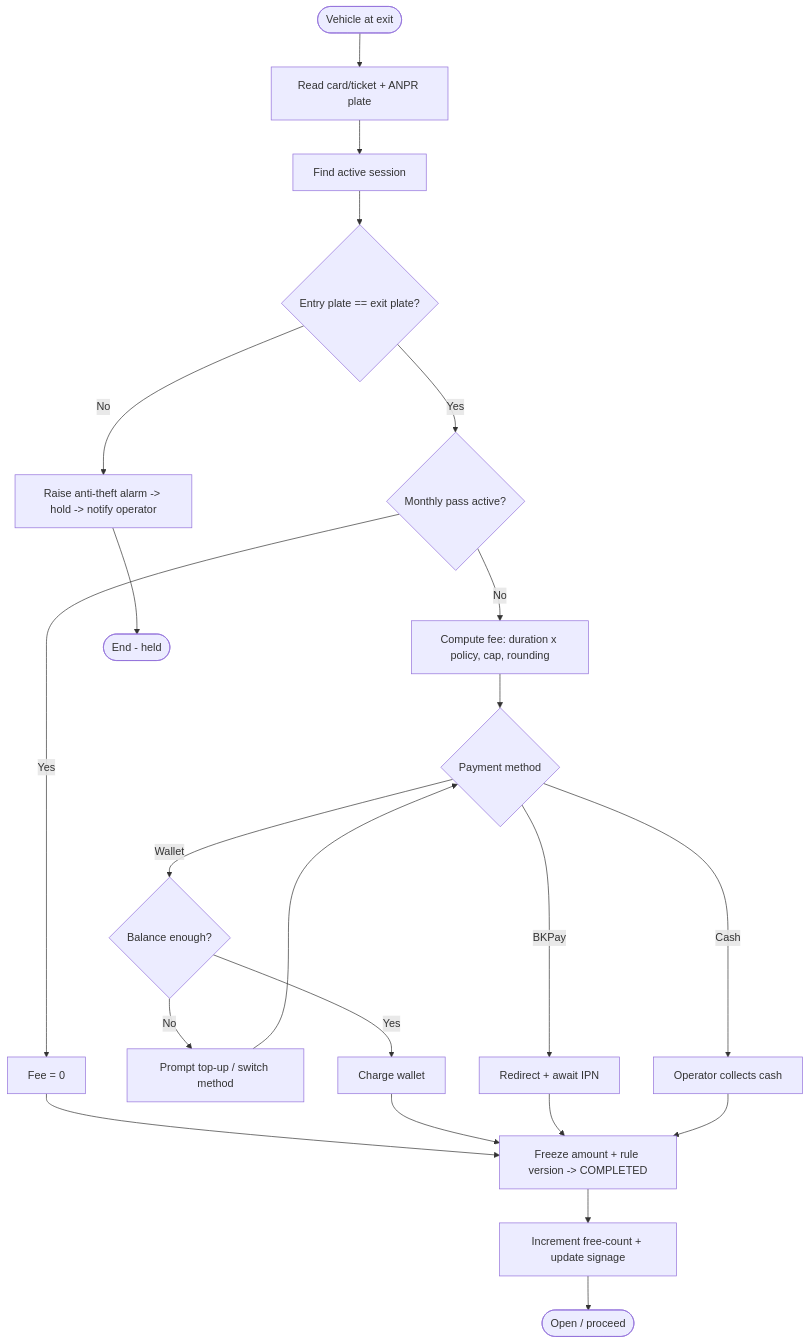
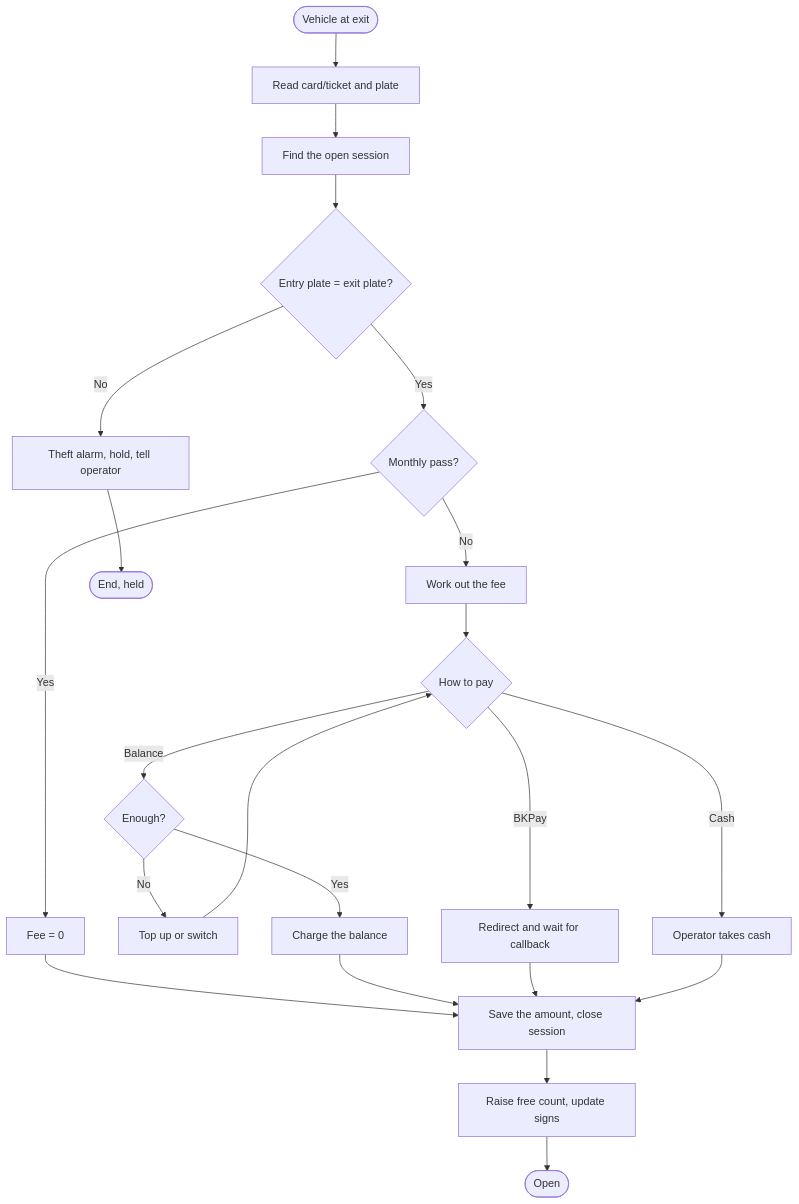
The sixth of 10 diagrams in docs/02-uml-and-ui.md (XeminoL/SmartParking_-IoT-SPMS-), drawn with Mermaid before and after one commit. The commit also changed other lines of this file and 14 other files, not shown here.

````diff
--- a/docs/02-uml-and-ui.md
+++ b/docs/02-uml-and-ui.md
@@ -274,24 +241,24 @@
 ```mermaid
 flowchart TD
-    A([Vehicle at exit]) --> B[Read card/ticket + ANPR plate]
-    B --> C[Find active session]
-    C --> D{Entry plate == exit plate?}
-    D -- No --> AL[Raise anti-theft alarm -> hold -> notify operator]
-    D -- Yes --> E{Monthly pass active?}
+    A([Vehicle at exit]) --> B[Read card/ticket and plate]
+    B --> C[Find the open session]
+    C --> D{Entry plate = exit plate?}
+    D -- No --> AL[Theft alarm, hold, tell operator]
+    D -- Yes --> E{Monthly pass?}
     E -- Yes --> P0[Fee = 0]
-    E -- No --> F[Compute fee: duration x policy, cap, rounding]
-    F --> G{Payment method}
-    G -- Wallet --> H{Balance enough?}
-    H -- No --> T[Prompt top-up / switch method]
-    H -- Yes --> PAY[Charge wallet]
-    G -- BKPay --> BK[Redirect + await IPN]
-    G -- Cash --> CA[Operator collects cash]
+    E -- No --> F[Work out the fee]
+    F --> G{How to pay}
+    G -- Balance --> H{Enough?}
+    H -- No --> T[Top up or switch]
+    H -- Yes --> PAY[Charge the balance]
+    G -- BKPay --> BK[Redirect and wait for callback]
+    G -- Cash --> CA[Operator takes cash]
     P0 --> DONE
     PAY --> DONE
     BK --> DONE
     CA --> DONE
-    DONE[Freeze amount + rule version -> COMPLETED] --> I[Increment free-count + update signage]
-    I --> J([Open / proceed])
+    DONE[Save the amount, close session] --> I[Raise free count, update signs]
+    I --> J([Open])
     T --> G
-    AL --> Z([End - held])
+    AL --> Z([End, held])
 ```
````
